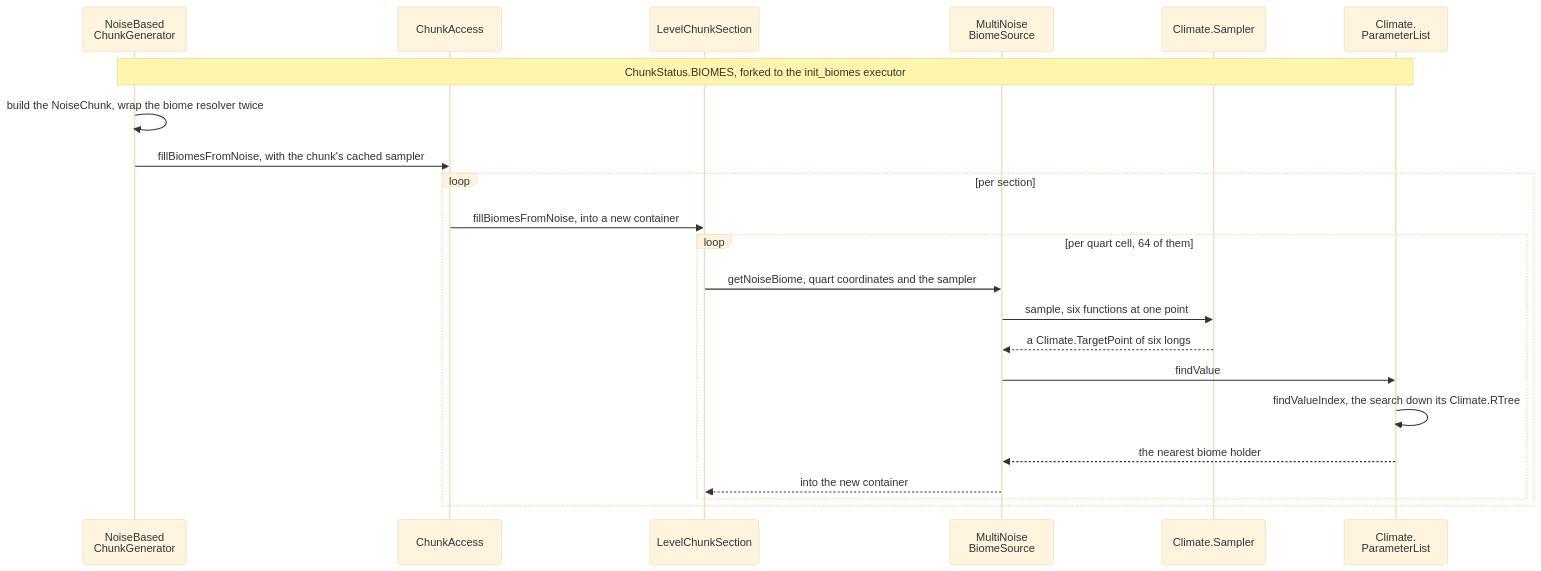
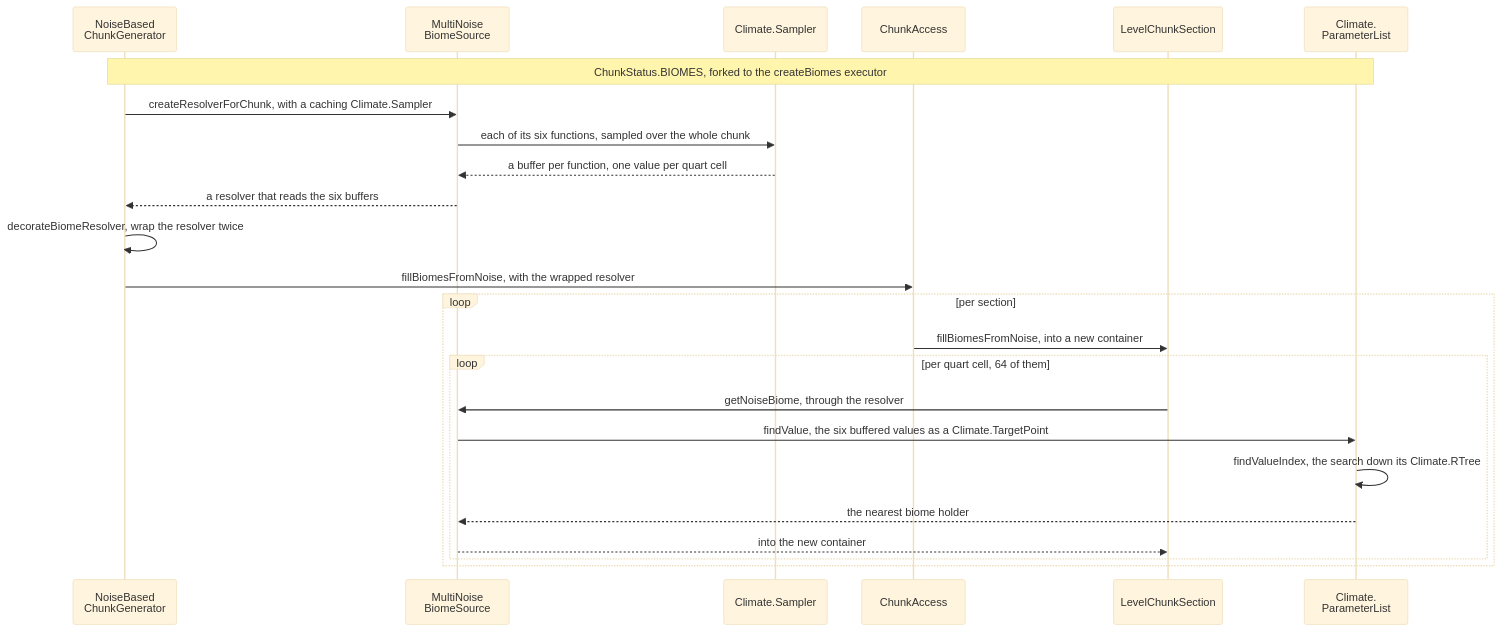
The diagram in src/systems/worldgen/biomes.md (AlexanderjFraser/MinecraftDocs), drawn with Mermaid (base theme) before and after one commit. The commit also changed other lines of this file and 68 other files, not shown here.

````diff
--- a/src/systems/worldgen/biomes.md
+++ b/src/systems/worldgen/biomes.md
@@ -37,25 +37,27 @@
 ```mermaid
 sequenceDiagram
     participant NBC as NoiseBased<br/>ChunkGenerator
+    participant MNBS as MultiNoise<br/>BiomeSource
+    participant ClimS as Climate.Sampler
     participant CA as ChunkAccess
     participant LCS as LevelChunkSection
-    participant MNBS as MultiNoise<br/>BiomeSource
-    participant ClimS as Climate.Sampler
     participant CPList as Climate.<br/>ParameterList
 
-    Note over NBC,CPList: ChunkStatus.BIOMES, forked to the init_biomes executor
-    NBC->>NBC: build the NoiseChunk, wrap the biome resolver twice
-    NBC->>CA: fillBiomesFromNoise, with the chunk's cached sampler
+    Note over NBC,CPList: ChunkStatus.BIOMES, forked to the createBiomes executor
+    NBC->>MNBS: createResolverForChunk, with a caching Climate.Sampler
+    MNBS->>ClimS: each of its six functions, sampled over the whole chunk
+    ClimS-->>MNBS: a buffer per function, one value per quart cell
+    MNBS-->>NBC: a resolver that reads the six buffers
+    NBC->>NBC: decorateBiomeResolver, wrap the resolver twice
+    NBC->>CA: fillBiomesFromNoise, with the wrapped resolver
     loop per section
         CA->>LCS: fillBiomesFromNoise, into a new container
         loop per quart cell, 64 of them
-            LCS->>MNBS: getNoiseBiome, quart coordinates and the sampler
-            MNBS->>ClimS: sample, six functions at one point
-            ClimS-->>MNBS: a Climate.TargetPoint of six longs
-            MNBS->>CPList: findValue
+            LCS->>MNBS: getNoiseBiome, through the resolver
+            MNBS->>CPList: findValue, the six buffered values as a Climate.TargetPoint
             CPList->>CPList: findValueIndex, the search down its Climate.RTree
             CPList-->>MNBS: the nearest biome holder
             MNBS-->>LCS: into the new container
         end
     end
 ```
````
